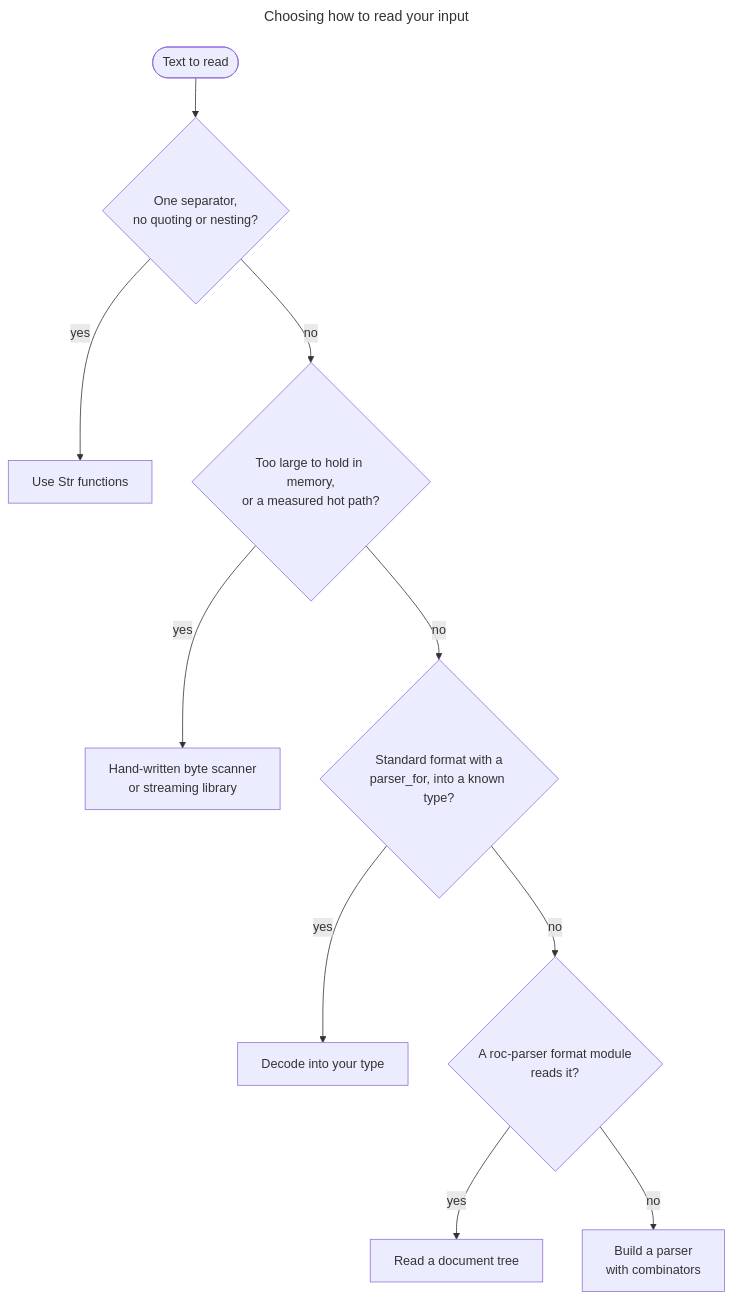
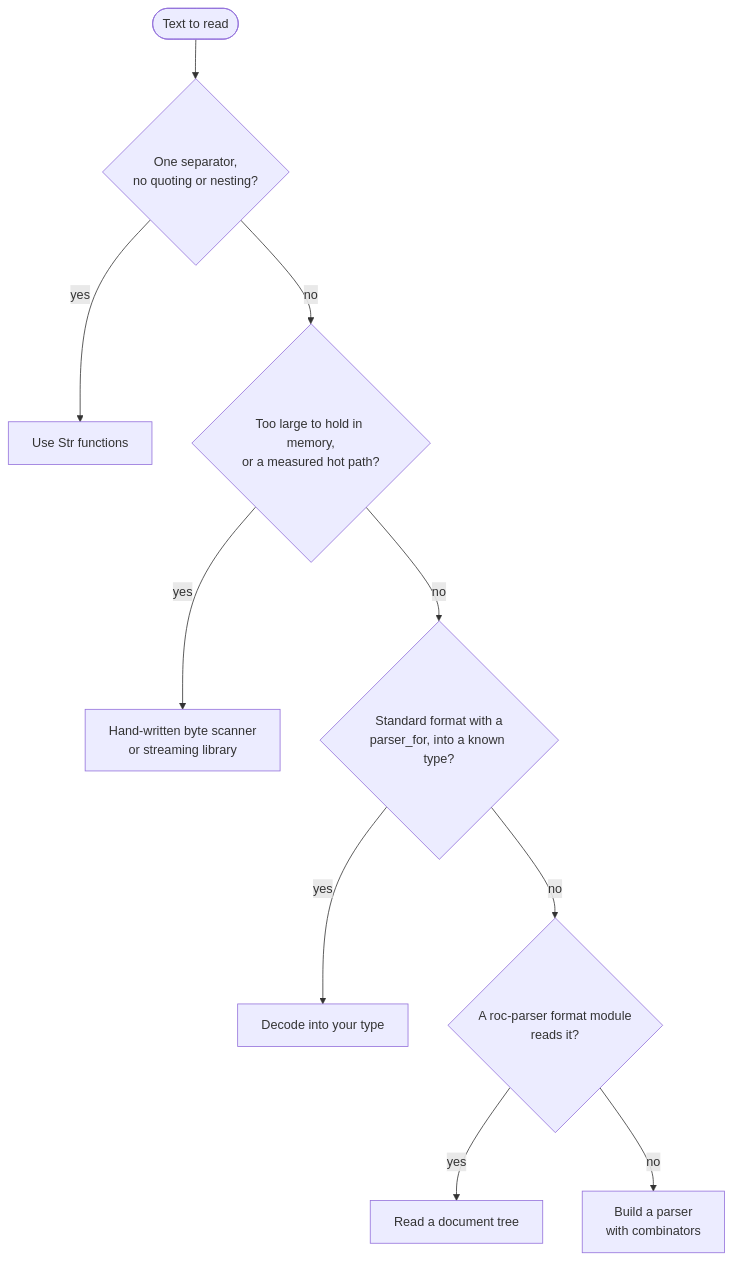
Before and after one commit to lukewilliamboswell/roc-parser: the diagram in docs/choosing-an-approach.adoc, drawn with Mermaid. The commit also changed other lines of this file and 10 other files, not shown here.

```diff
--- a/docs/choosing-an-approach.adoc
+++ b/docs/choosing-an-approach.adoc
@@ -241,16 +242,13 @@
 [mermaid]
 ....
----
-title: Choosing how to read your input
----
 flowchart TD
     Start([Text to read]) --> Simple{"One separator,<br/>no quoting or nesting?"}
     Simple -- yes --> Str["Use Str functions"]
     Simple -- no --> Huge{"Too large to hold in memory,<br/>or a measured hot path?"}
     Huge -- yes --> Scan["Hand-written byte scanner<br/>or streaming library"]
     Huge -- no --> Known{"Standard format with a<br/>parser_for, into a known type?"}
     Known -- yes --> Decode["Decode into your type"]
     Known -- no --> Module{"A roc-parser format module<br/>reads it?"}
     Module -- yes --> Tree["Read a document tree"]
     Module -- no --> Combine["Build a parser<br/>with combinators"]
 ....
```
